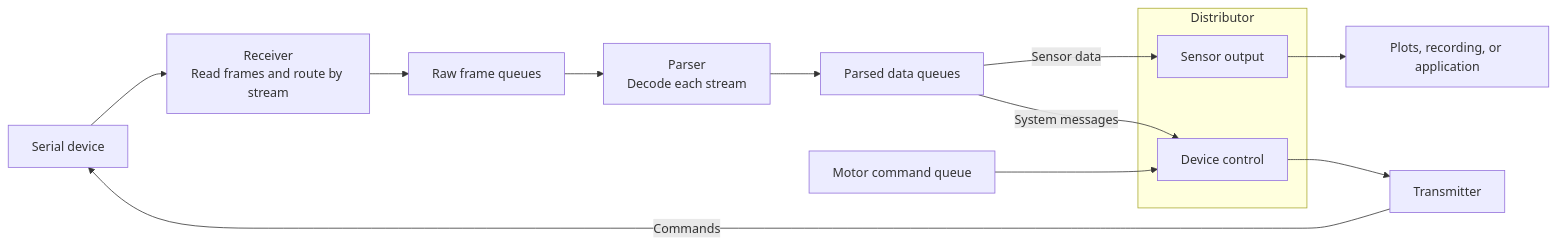
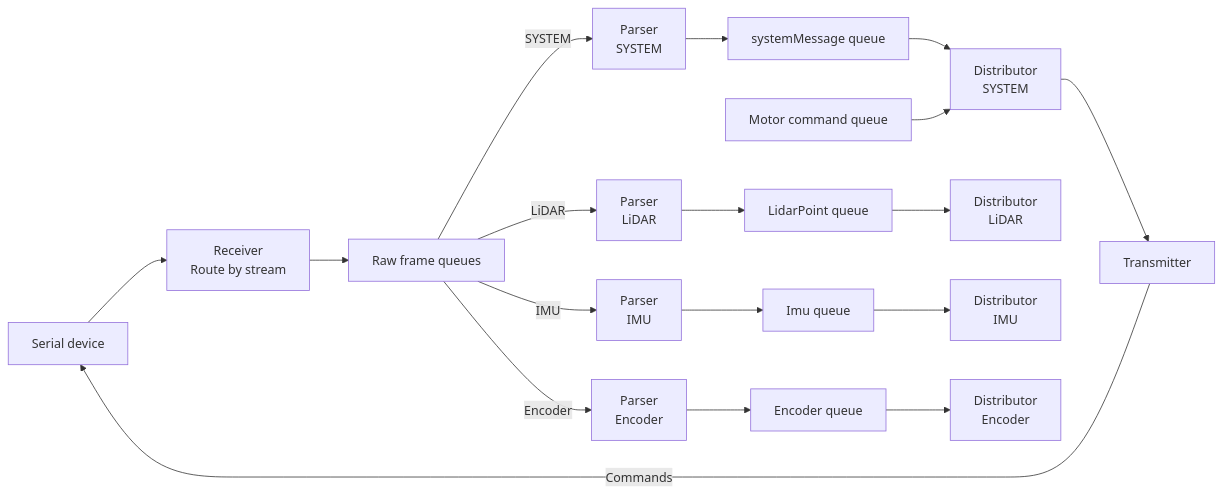
Before and after one commit to kei185/sensor-flow: the first of 6 diagrams in docs/architecture.md, drawn with Mermaid. The commit also changed other lines of this file, not shown here.

````diff
--- a/docs/architecture.md
+++ b/docs/architecture.md
@@ -9,17 +9,19 @@
 ```mermaid
 flowchart LR
-    device["Serial device"] --> receiver["Receiver<br/>Read frames and route by stream"]
+    device["Serial device"] --> receiver["Receiver<br/>Route by stream"]
     receiver --> raw["Raw frame queues"]
-    raw --> parser["Parser<br/>Decode each stream"]
-    parser --> parsed["Parsed data queues"]
-    subgraph distributors["Distributor"]
-        sensor["Sensor output"]
-        controller["Device control"]
-    end
-    parsed -->|Sensor data| sensor
-    parsed -->|System messages| controller
-    sensor --> output["Plots, recording, or application"]
-    directives["Motor command queue"] --> controller
-    controller --> transmitter["Transmitter"]
+
+    raw -->|SYSTEM| systemParser["Parser<br/>SYSTEM"]
+    raw -->|LiDAR| lidarParser["Parser<br/>LiDAR"]
+    raw -->|IMU| imuParser["Parser<br/>IMU"]
+    raw -->|Encoder| encoderParser["Parser<br/>Encoder"]
+
+    systemParser --> systemQueue["systemMessage queue"] --> systemDistributor["Distributor<br/>SYSTEM"]
+    lidarParser --> lidarQueue["LidarPoint queue"] --> lidarDistributor["Distributor<br/>LiDAR"]
+    imuParser --> imuQueue["Imu queue"] --> imuDistributor["Distributor<br/>IMU"]
+    encoderParser --> encoderQueue["Encoder queue"] --> encoderDistributor["Distributor<br/>Encoder"]
+
+    directives["Motor command queue"] --> systemDistributor
+    systemDistributor --> transmitter["Transmitter"]
     transmitter -->|Commands| device
 ```
````
